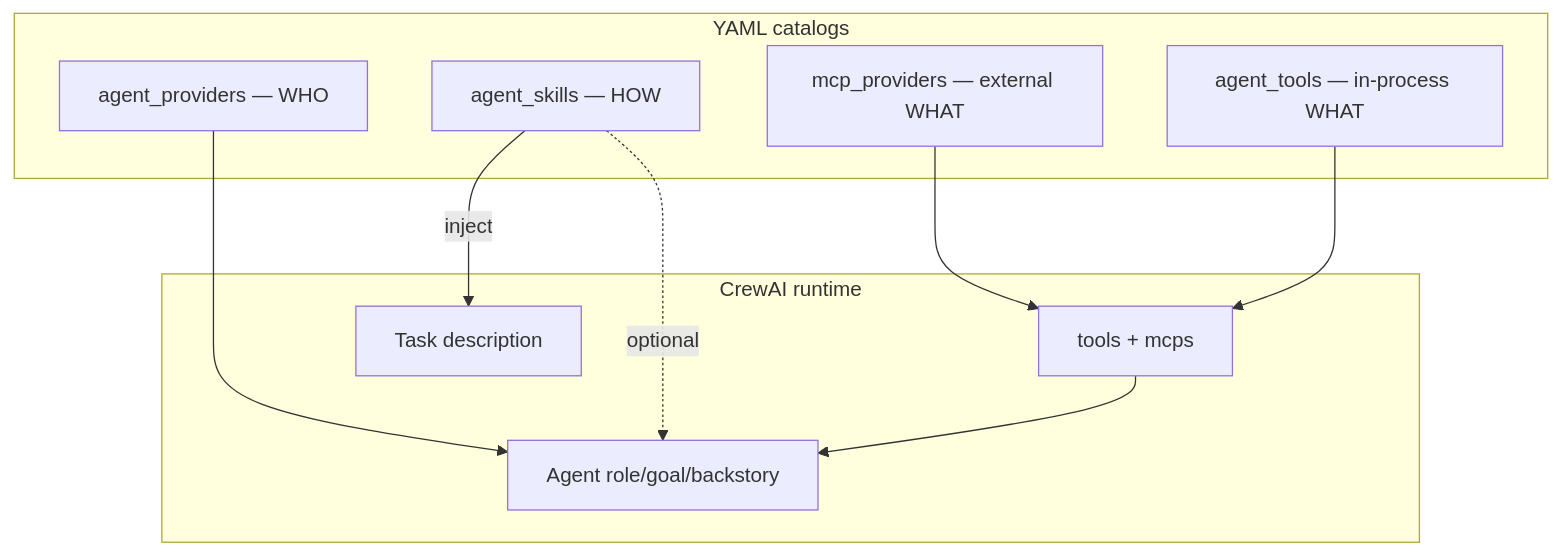
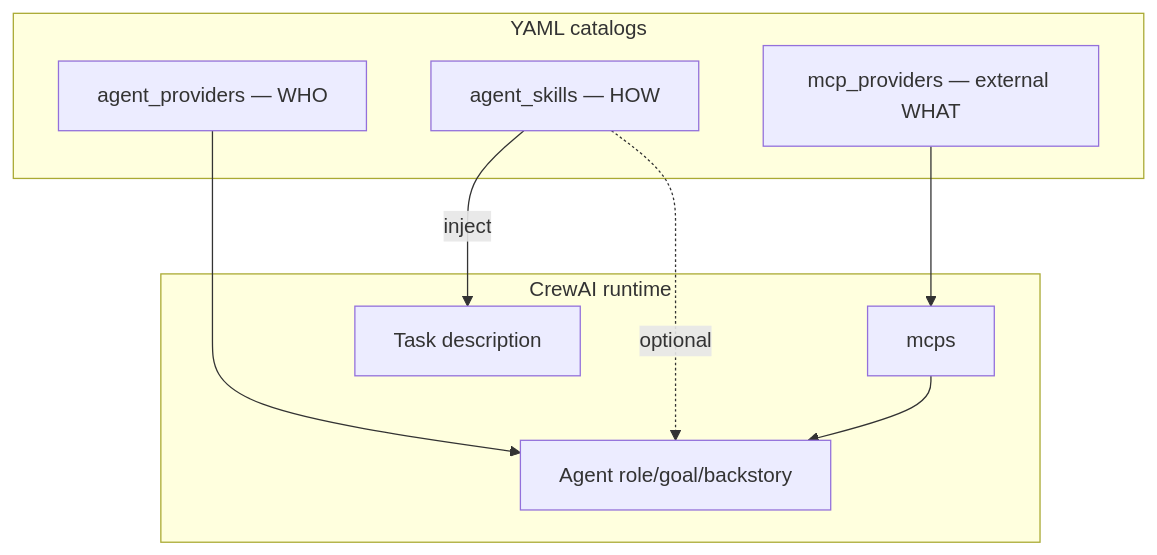
Before and after one commit to zlatko-lakisic/agentic-orchestration: the diagram in docs/agent-skills-roadmap/index.md, drawn with Mermaid. The commit also changed other lines of this file and 3 other files, not shown here.

First line of the commit message:
docs: refine agent skills and roadmap documentation

````diff
--- a/docs/agent-skills-roadmap/index.md
+++ b/docs/agent-skills-roadmap/index.md
@@ -59,20 +57,18 @@
 ```mermaid
 flowchart TB
     subgraph catalogs [YAML catalogs]
         AP[agent_providers — WHO]
         SK[agent_skills — HOW]
         MCP[mcp_providers — external WHAT]
-        AT[agent_tools — in-process WHAT]
     end
   subgraph runtime [CrewAI runtime]
         Agent[Agent role/goal/backstory]
         Task[Task description]
-        Tools[tools + mcps]
+        Tools[mcps]
     end
     AP --> Agent
     SK -->|inject| Task
     SK -.->|optional| Agent
     MCP --> Tools
-    AT --> Tools
     Tools --> Agent
 ```
````
